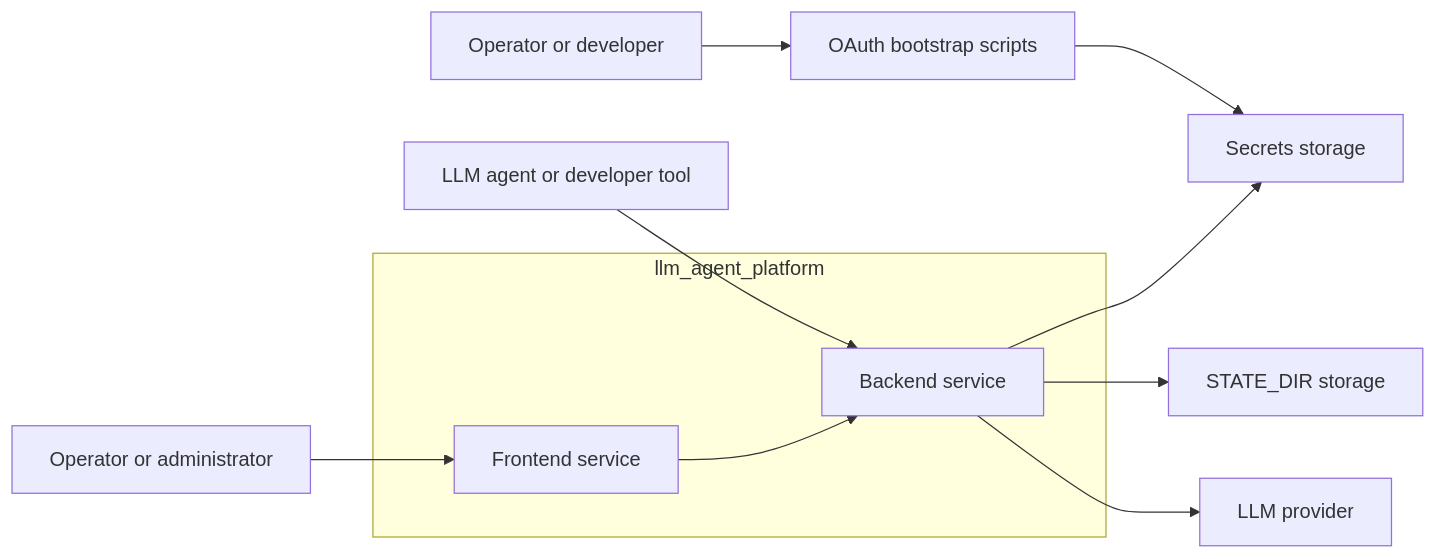
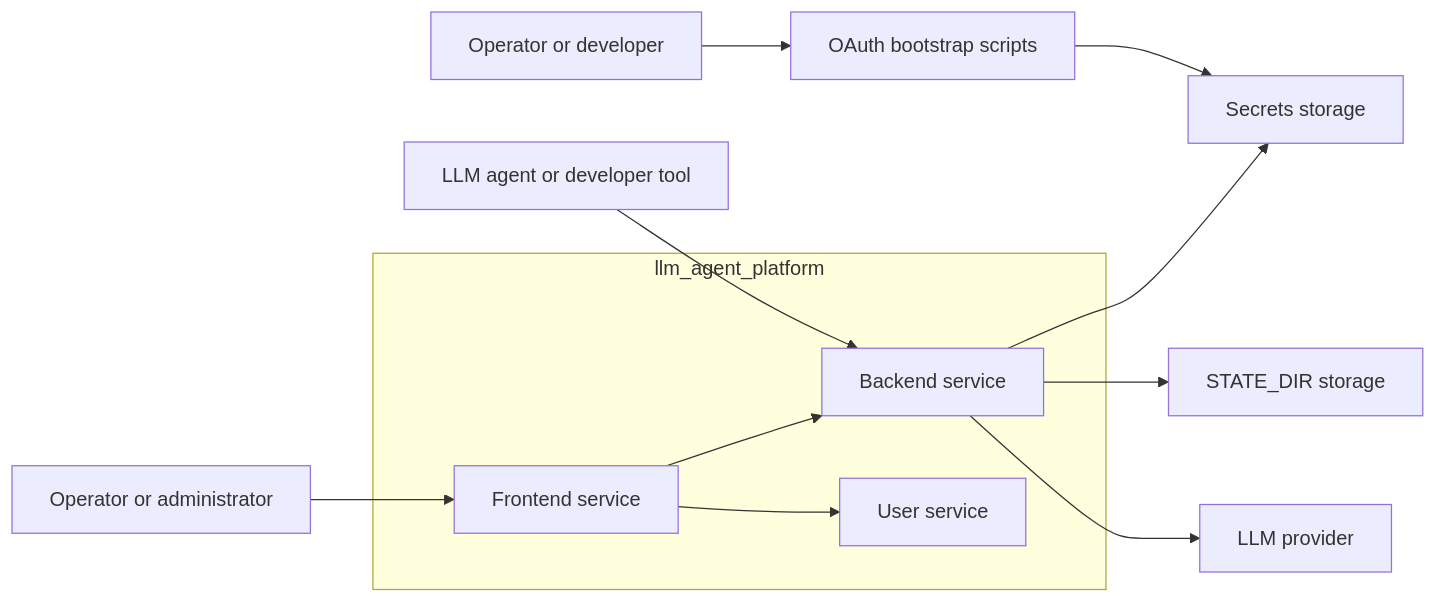
One commit to cyber-platform/llm_agent_platform changed the diagram in docs/architecture/container-view.md. Above: the diagram before and after it, drawn with Mermaid. The commit also changed other lines of this file and 9 other files, not shown here.

Commit message:
docs(user service): обновление документации с учетом user service

````diff
--- a/docs/architecture/container-view.md
+++ b/docs/architecture/container-view.md
@@ -23,15 +23,17 @@
 ```mermaid
 flowchart LR
   Human[Operator or administrator] --> Frontend
   Machine[LLM agent or developer tool] --> Backend
   BootstrapUser[Operator or developer] --> Bootstrap[OAuth bootstrap scripts]
   subgraph Platform[llm_agent_platform]
     Frontend[Frontend service]
     Backend[Backend service]
+    UserService[User service]
   end
   Frontend --> Backend
+  Frontend --> UserService
   Bootstrap --> Secrets[Secrets storage]
   Backend --> Secrets
   Backend --> State[STATE_DIR storage]
   Backend --> Provider[LLM provider]
 ```
````
